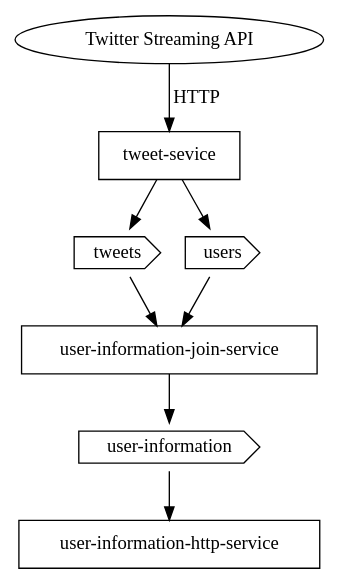
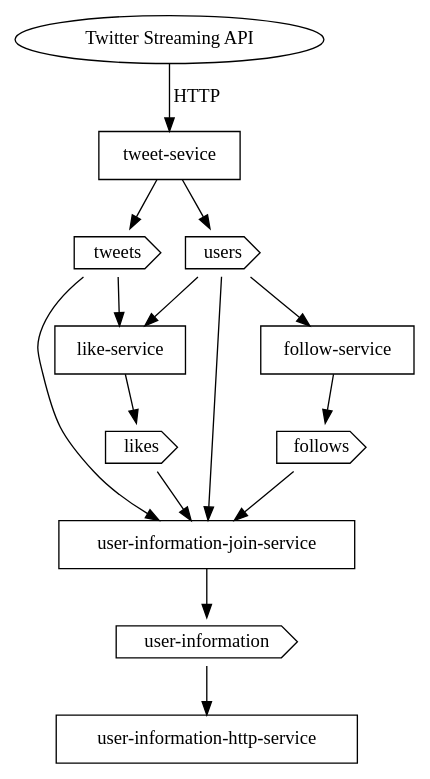
The diagram in diagrams/services.gv (arunendapally/twitter-microservices-example), drawn with Graphviz before and after one commit. The commit also changed 1 other file, not shown here.

Commit message:
added follows and likes

```diff
--- a/diagrams/services.gv
+++ b/diagrams/services.gv
@@ -1,18 +1,29 @@
 digraph services {
   twitter [label = "Twitter Streaming API"]
   tweetService [label = "tweet-sevice", shape = box]
+  followService [label = "follow-service", shape = box]
+  likeService [label = "like-service", shape = box]
   userInfoHttpService [label = "user-information-http-service", shape = box]
   userInfoJoinService [label = "user-information-join-service", shape = box]
 
   tweetsTopic [label = "tweets", shape = cds]
   usersTopic [label = "users", shape = cds]
+  followsTopic [label = "follows", shape = cds]
+  likesTopic [label = "likes", shape = cds]
   userInfoTopic [label = "user-information", shape = cds]
 
   twitter -> tweetService [label = "HTTP"]
   tweetService -> tweetsTopic
   tweetService -> usersTopic
   usersTopic -> userInfoJoinService
   tweetsTopic -> userInfoJoinService
   userInfoJoinService -> userInfoTopic
   userInfoTopic -> userInfoHttpService
+  followService -> followsTopic
+  likeService -> likesTopic
+  followsTopic -> userInfoJoinService
+  likesTopic -> userInfoJoinService
+  usersTopic -> followService
+  usersTopic -> likeService
+  tweetsTopic -> likeService
 }
```
